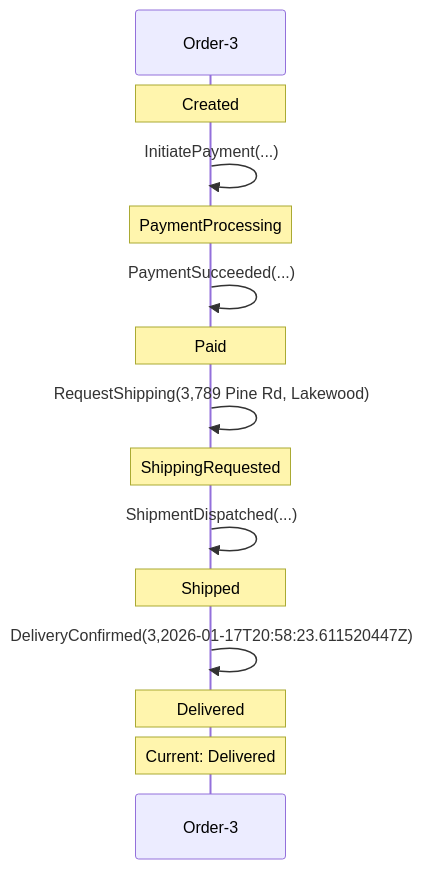
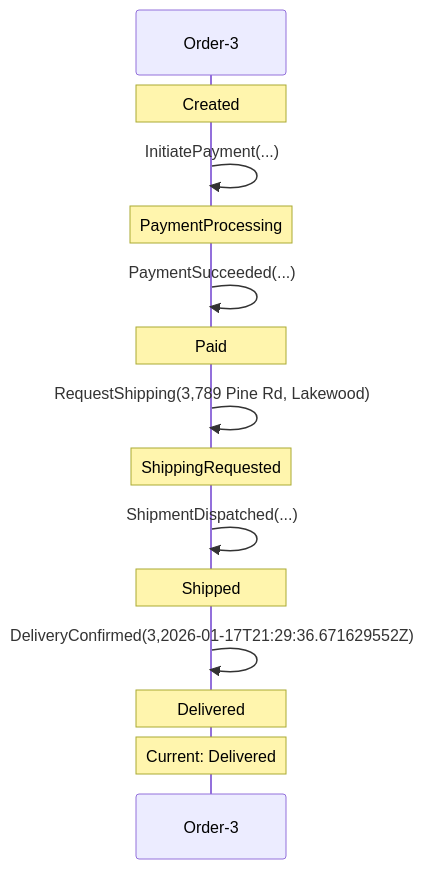
One commit to Iterable/mechanoid changed the first of 2 diagrams in docs/visualizations/order-3-trace.md. Above: the diagram before and after it, drawn with Mermaid. The commit also changed 11 other files, not shown here.

````diff
--- a/docs/visualizations/order-3-trace.md
+++ b/docs/visualizations/order-3-trace.md
@@ -7,17 +7,17 @@
 ```mermaid
 sequenceDiagram
     participant FSM as Order-3
     Note over FSM: Created
     FSM->>FSM: InitiatePayment(...)
     Note over FSM: PaymentProcessing
     FSM->>FSM: PaymentSucceeded(...)
     Note over FSM: Paid
     FSM->>FSM: RequestShipping(3,789 Pine Rd, Lakewood)
     Note over FSM: ShippingRequested
     FSM->>FSM: ShipmentDispatched(...)
     Note over FSM: Shipped
-    FSM->>FSM: DeliveryConfirmed(3,2026-01-17T20:58:23.611520447Z)
+    FSM->>FSM: DeliveryConfirmed(3,2026-01-17T21:29:36.671629552Z)
     Note over FSM: Delivered
     Note over FSM: Current: Delivered
 
 ```
````
